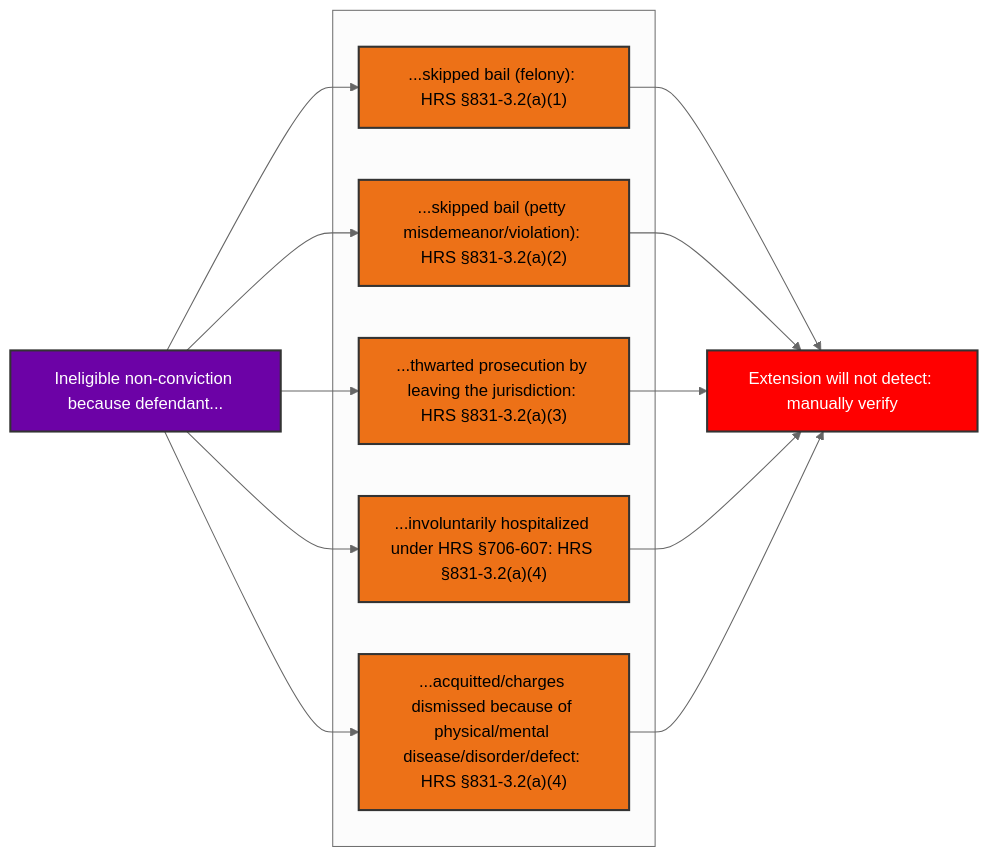
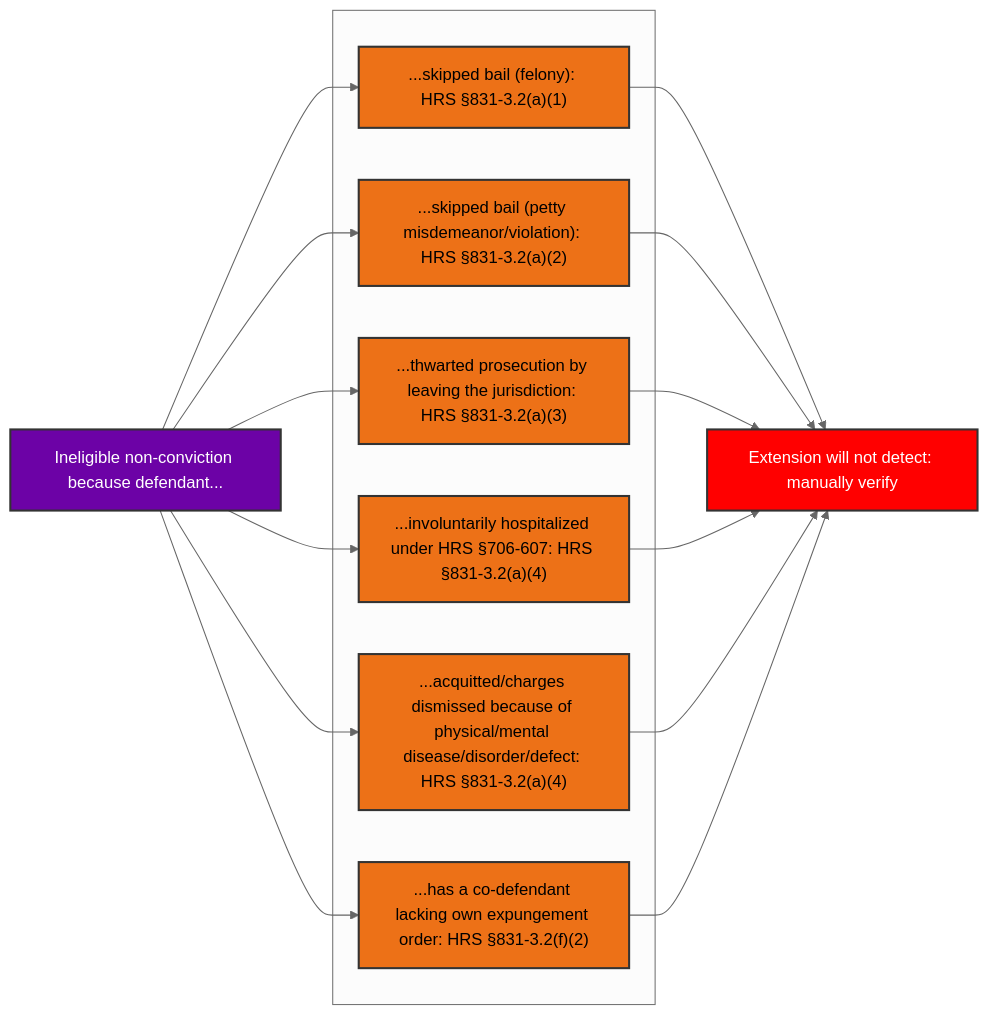
One commit to HawaiiLawSchoolTechIncubator/Hawaii-Bench-Warrant-Recall-Chrome-Extension changed the diagram in docs/expungement_logic_ineligible_nonconvictions.md. Above: the diagram before and after it, drawn with Mermaid (neutral theme). The commit also changed 7 other files, not shown here.

Commit message:
Added "Some Not Expungeable" case assessment and designated case as not expungeable under 831-3.2(f)(1); added multiple defendants to ineligible nonconvictions that extension cannot detect

````diff
--- a/docs/expungement_logic_ineligible_nonconvictions.md
+++ b/docs/expungement_logic_ineligible_nonconvictions.md
@@ -1,33 +1,34 @@
 ```mermaid
 flowchart LR
         disp_nonconvict_inelig["Ineligible non-conviction because defendant..."]
     
     subgraph  
         inelig_felony_skipped_bail["...skipped bail (felony): HRS §831-3.2(a)(1)"]
         inelig_p_misd_viol_skipped_bail["...skipped bail (petty misdemeanor/violation): HRS §831-3.2(a)(2)"]
         inelig_left_town["...thwarted prosecution by leaving the jurisdiction: HRS §831-3.2(a)(3)"]
         inelig_hospital["...involuntarily hospitalized under HRS §706-607: HRS §831-3.2(a)(4)"]
         inelig_unfit["...acquitted/charges dismissed because of physical/mental disease/disorder/defect: HRS §831-3.2(a)(4)"]
+        inelig_multiple_defendants["...has a co-defendant lacking own expungement order: HRS §831-3.2(f)(2)"]
     end  
 
-    disp_nonconvict_inelig --> inelig_felony_skipped_bail & inelig_p_misd_viol_skipped_bail & inelig_left_town & inelig_hospital & inelig_unfit 
-    inelig_felony_skipped_bail & inelig_p_misd_viol_skipped_bail & inelig_left_town & inelig_hospital & inelig_unfit --> undetected[Extension will not detect: manually verify]
+    disp_nonconvict_inelig --> inelig_felony_skipped_bail & inelig_p_misd_viol_skipped_bail & inelig_left_town & inelig_hospital & inelig_unfit & inelig_multiple_defendants 
+    inelig_felony_skipped_bail & inelig_p_misd_viol_skipped_bail & inelig_left_town & inelig_hospital & inelig_unfit & inelig_multiple_defendants --> undetected[Extension will not detect: manually verify]
 
     classDef expungeable fill:#198754,stroke:#333,stroke-width:2px;
     classDef not_expungeable fill:#f08080,stroke:#333,stroke-width:2px,color:#000000;
     classDef possibly_expungeable fill:#ffc107,stroke:#333,stroke-width:2px,color:#000000;
     classDef orange fill:#ed7117,stroke:#333,stroke-width:2px,color:#000;
     classDef blue fill:#070299,stroke:#333,stroke-width:2px,color:#fff;
     classDef red fill:#AA4A44,stroke:#333,stroke-width:2px,color:#fff,font-weight:bold;
     classDef warning fill:#ff0000,stroke:#333,stroke-width:2px,color:#fff;
     classDef disposition fill:#6c02a6,stroke:#333,stroke-width:2px,color:#fff;
 
     class assess_expunge expungeable;
     class assess_not_expunge not_expungeable;
     class assess_possibly_expunge,assess_expunge_post_dsm,assess_expunge_post_sol,assess_see_district,assess_see_circuit,assess_expunge_21,assess_1st_expunge,assess_1st_2nd_expunge possibly_expungeable;
     class B,J,check_post_dsm_period,check_sol_period,check_post_2004 blue;
     class offense_minor_DUI,offense_prop,offense_drug,offense_other red;
-    class inelig_felony_skipped_bail,inelig_p_misd_viol_skipped_bail,inelig_left_town,inelig_hospital,inelig_unfit orange;
+    class inelig_felony_skipped_bail,inelig_p_misd_viol_skipped_bail,inelig_left_town,inelig_hospital,inelig_unfit,inelig_multiple_defendants orange;
     class disp_innocent,disp_dsm_w_prej,disp_defer_accept,disp_guilty,disp_without_prej,disp_default,disp_remand,disp_commit,disp_nonconvict_inelig disposition;
     class undetected warning;
 ```
````
